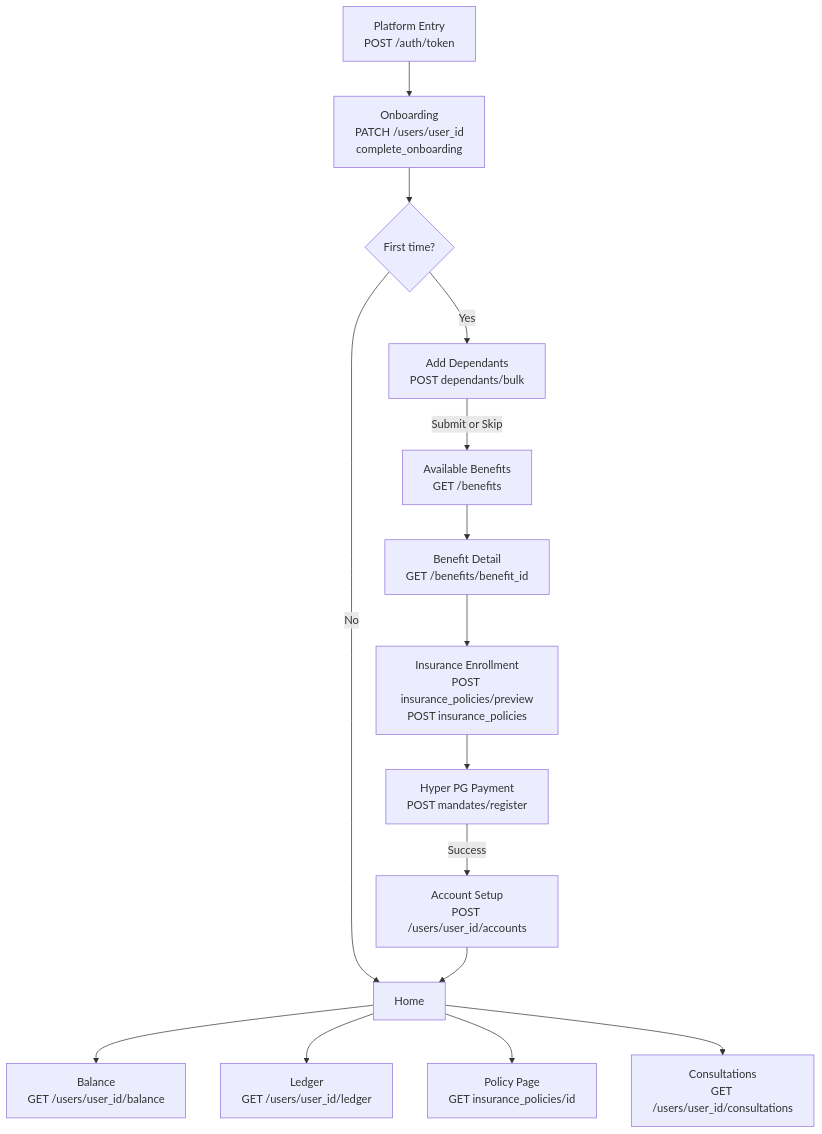
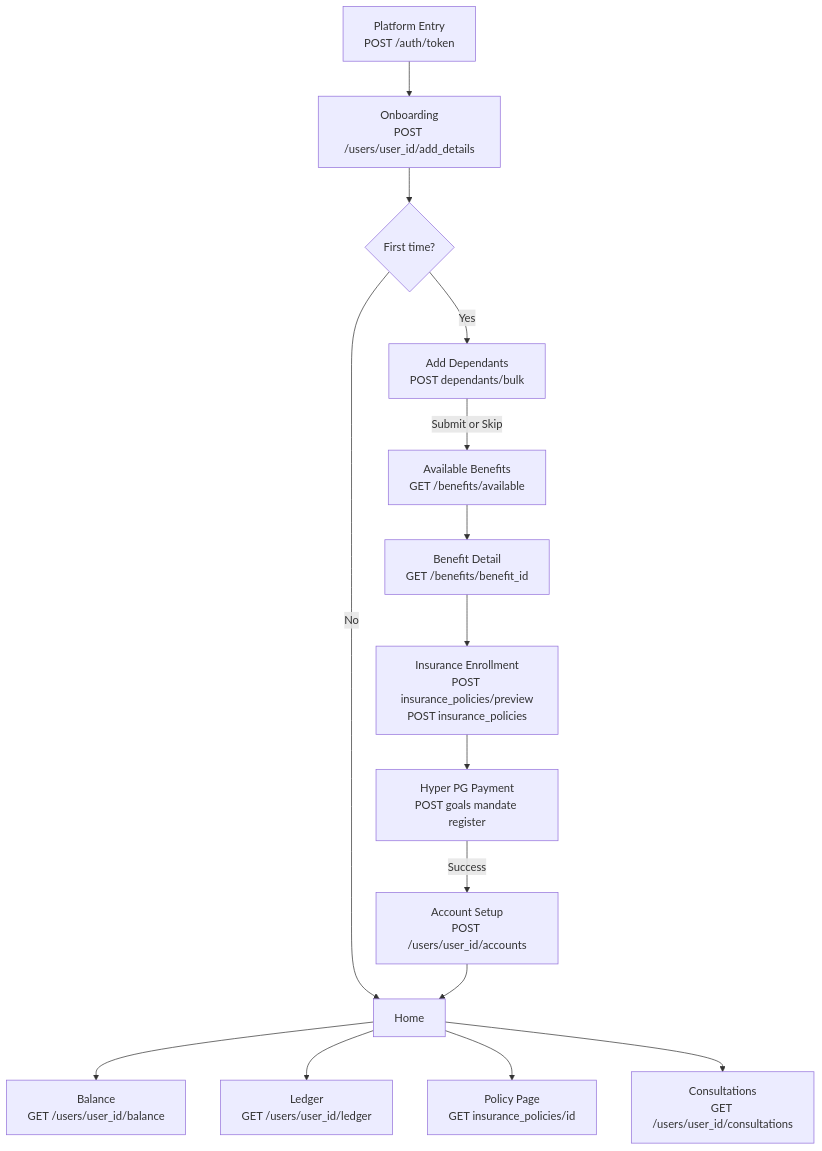
Diagram 11 of 11 in api-reference/architecture/screen-flows.mdx (anu19981/aarokya-backend), drawn with Mermaid before and after one commit. The commit also changed other lines of this file and 90 other files, not shown here.

````diff
--- a/api-reference/architecture/screen-flows.mdx
+++ b/api-reference/architecture/screen-flows.mdx
@@ -396,18 +393,18 @@
 ```mermaid
 flowchart TD
-    A[Platform Entry<br/>POST /auth/token] --> B[Onboarding<br/>PATCH /users/user_id<br/>complete_onboarding]
+    A[Platform Entry<br/>POST /auth/token] --> B[Onboarding<br/>POST /users/user_id/add_details]
     B --> C{First time?}
     C -->|Yes| D[Add Dependants<br/>POST dependants/bulk]
     C -->|No| E[Home]
-    D -->|Submit or Skip| F[Available Benefits<br/>GET /benefits]
+    D -->|Submit or Skip| F[Available Benefits<br/>GET /benefits/available]
     F --> G[Benefit Detail<br/>GET /benefits/benefit_id]
     G --> H[Insurance Enrollment<br/>POST insurance_policies/preview<br/>POST insurance_policies]
-    H --> I[Hyper PG Payment<br/>POST mandates/register]
+    H --> I[Hyper PG Payment<br/>POST goals mandate register]
     I -->|Success| J[Account Setup<br/>POST /users/user_id/accounts]
     J --> E
 
     E --> K[Balance<br/>GET /users/user_id/balance]
     E --> L[Ledger<br/>GET /users/user_id/ledger]
     E --> M[Policy Page<br/>GET insurance_policies/id]
     E --> N[Consultations<br/>GET /users/user_id/consultations]
 ```
````
